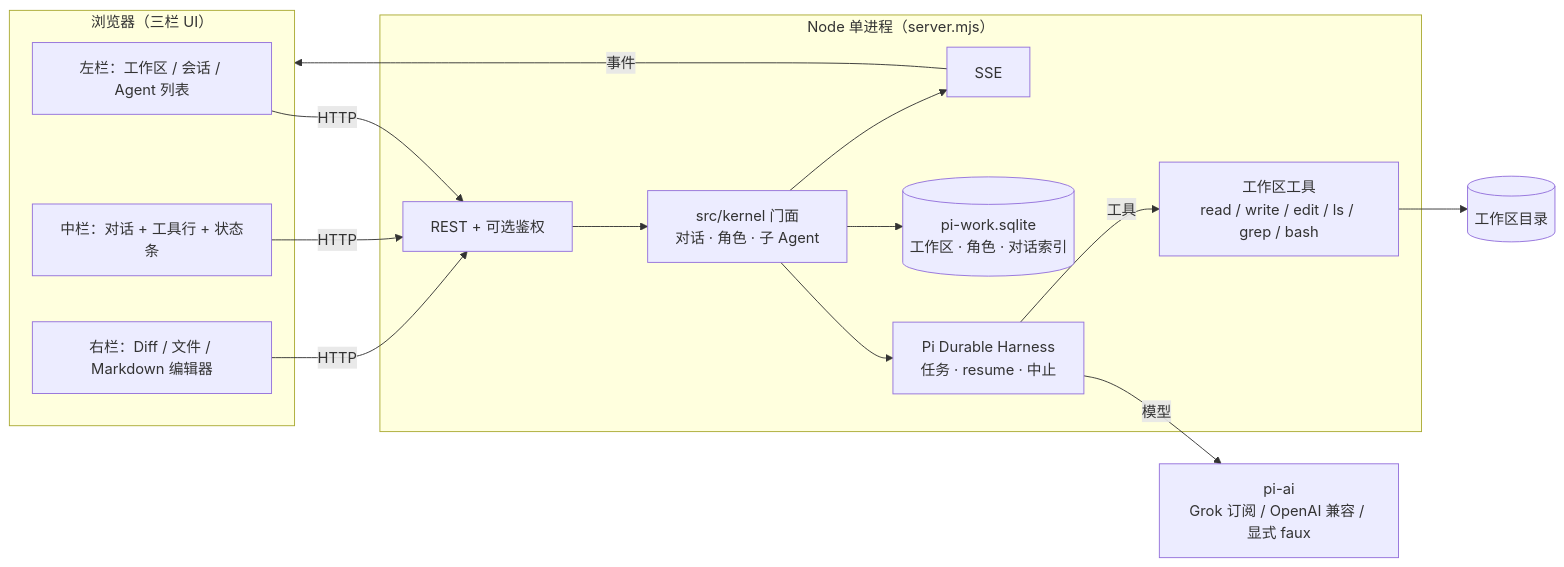
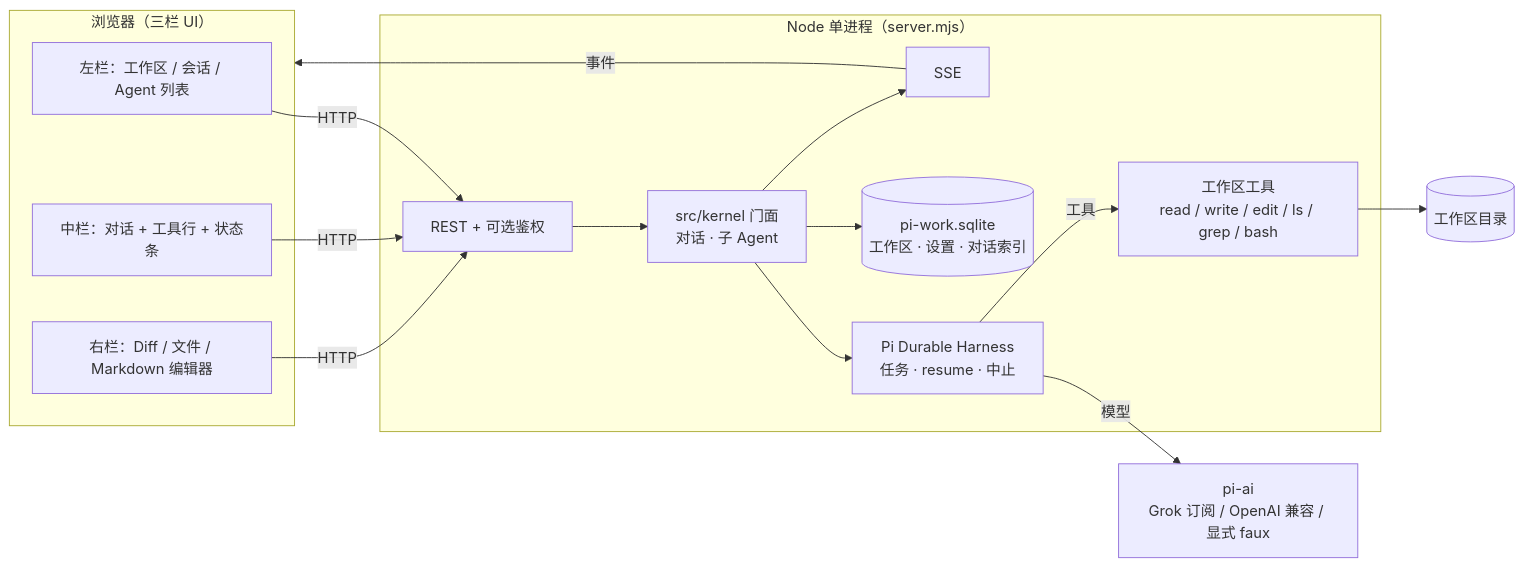
The diagram in docs/ARCHITECTURE.md (lawrencewzen/pi-work), drawn with Mermaid before and after one commit. The commit also changed other lines of this file and 42 other files, not shown here.

````diff
--- a/docs/ARCHITECTURE.md
+++ b/docs/ARCHITECTURE.md
@@ -9,30 +9,30 @@
 ```mermaid
 flowchart LR
   subgraph Browser["浏览器（三栏 UI）"]
     L[左栏：工作区 / 会话 / Agent 列表]
     C[中栏：对话 + 工具行 + 状态条]
     R[右栏：Diff / 文件 / Markdown 编辑器]
   end
 
   subgraph Node["Node 单进程（server.mjs）"]
     API[REST + 可选鉴权]
     SSE[SSE]
-    K[src/kernel 门面<br/>对话 · 角色 · 子 Agent]
+    K[src/kernel 门面<br/>对话 · 子 Agent]
     H[Pi Durable Harness<br/>任务 · resume · 中止]
-    APP[(pi-work.sqlite<br/>工作区 · 角色 · 对话索引)]
+    APP[(pi-work.sqlite<br/>工作区 · 设置 · 对话索引)]
     T[工作区工具<br/>read / write / edit / ls / grep / bash]
   end
 
   WS[(工作区目录)]
   LLM[pi-ai<br/>Grok 订阅 / OpenAI 兼容 / 显式 faux]
 
   L & C & R -->|HTTP| API
   SSE -->|事件| Browser
   API --> K
   K --> H
   K --> APP
   H -->|模型| LLM
   H -->|工具| T
   T --> WS
   K --> SSE
 ```
````
